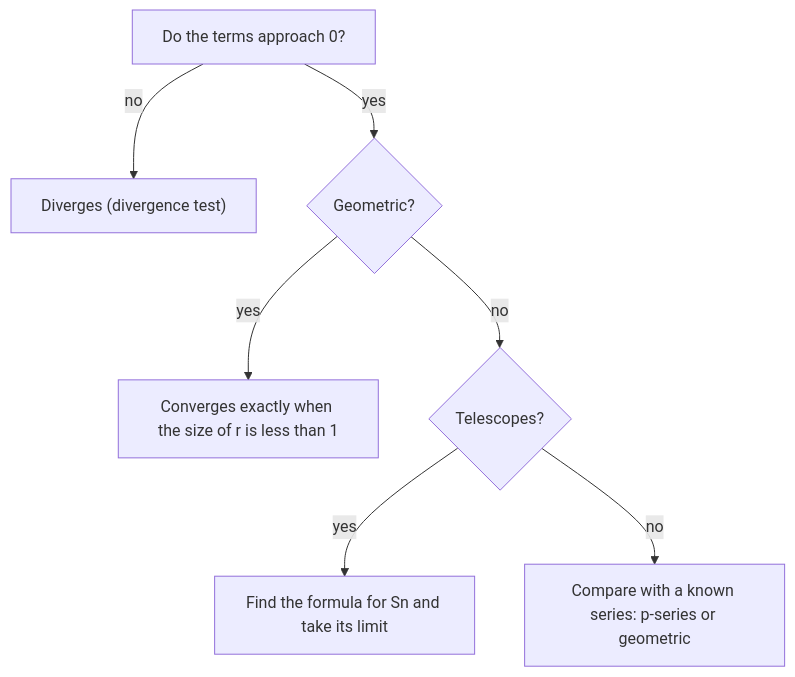
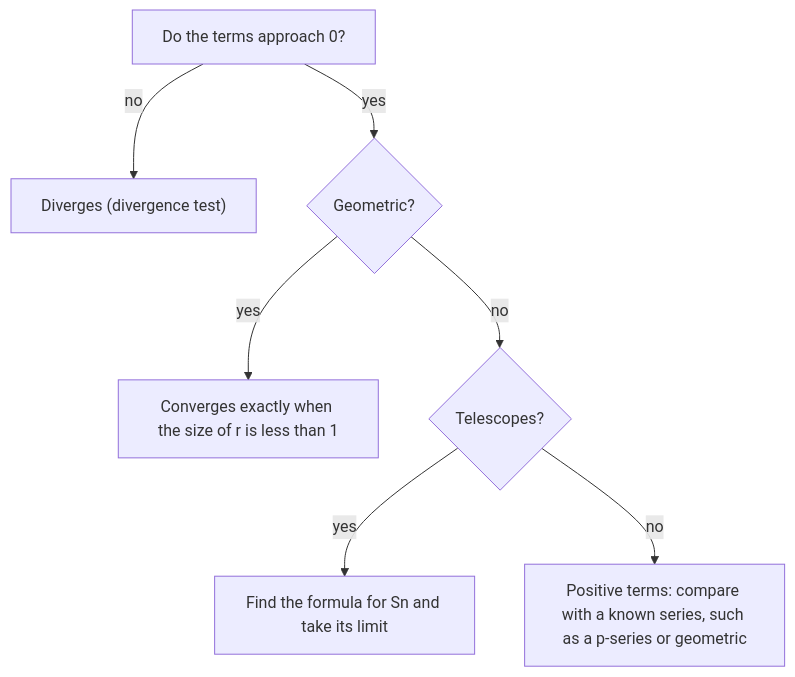
Before and after one commit to Aziliz/erudior: the diagram in content/math/precalculus/lessons/92-infinite-series.md, drawn with Mermaid. The commit also changed 8 other files, not shown here.

````diff
--- a/content/math/precalculus/lessons/92-infinite-series.md
+++ b/content/math/precalculus/lessons/92-infinite-series.md
@@ -119,11 +119,11 @@
 ```mermaid
 flowchart TD
   accTitle: Deciding whether a series converges
   accDescr: First check whether the terms approach 0. If not, the series diverges by the divergence test. If they do, check whether it is geometric: if so, it converges exactly when the absolute value of r is less than 1. Otherwise check whether it telescopes: if so, find the partial sum formula and take its limit. Otherwise, for positive terms, compare with a series you know, such as a p-series or a geometric series.
   A["Do the terms approach 0?"] -- no --> B["Diverges (divergence test)"]
   A -- yes --> C{"Geometric?"}
   C -- yes --> D["Converges exactly when the size of r is less than 1"]
   C -- no --> E{"Telescopes?"}
   E -- yes --> F["Find the formula for Sn and take its limit"]
-  E -- no --> G["Compare with a known series: p-series or geometric"]
+  E -- no --> G["Positive terms: compare with a known series, such as a p-series or geometric"]
 ```
````
